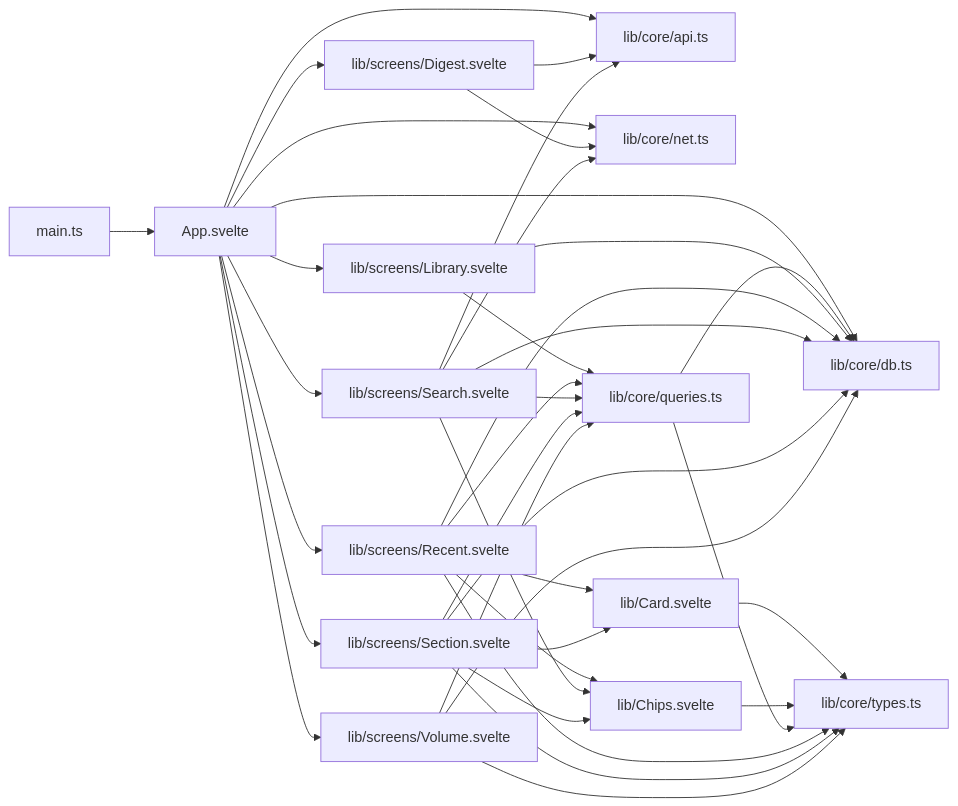
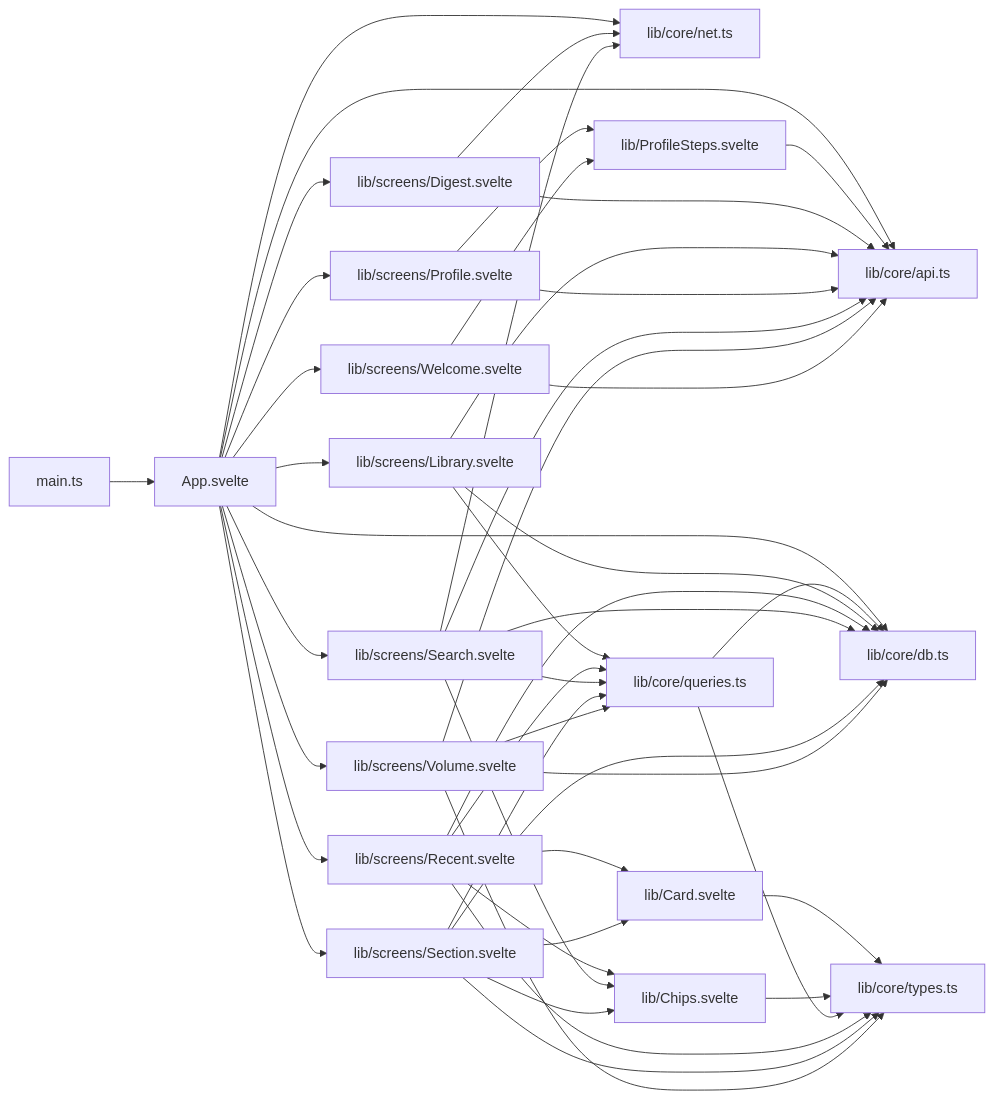
Before and after one commit to reversely/lifekit: the second of 2 diagrams in docs/content/architecture.md, drawn with Mermaid. The commit also changed other lines of this file and 3 other files, not shown here.

Commit message:
fix(api): serve the live database at the app's path; guard rules on unfilled answers

````diff
--- a/docs/content/architecture.md
+++ b/docs/content/architecture.md
@@ -56,54 +65,66 @@
 ```mermaid
 graph LR
   App_svelte["App.svelte"]
   App_svelte --> lib_core_api_ts
   App_svelte --> lib_core_db_ts
   App_svelte --> lib_core_net_ts
   App_svelte --> lib_screens_Digest_svelte
   App_svelte --> lib_screens_Library_svelte
+  App_svelte --> lib_screens_Profile_svelte
   App_svelte --> lib_screens_Recent_svelte
   App_svelte --> lib_screens_Search_svelte
   App_svelte --> lib_screens_Section_svelte
   App_svelte --> lib_screens_Volume_svelte
+  App_svelte --> lib_screens_Welcome_svelte
   lib_Card_svelte["lib/Card.svelte"]
   lib_Card_svelte --> lib_core_types_ts
   lib_Chips_svelte["lib/Chips.svelte"]
   lib_Chips_svelte --> lib_core_types_ts
+  lib_ProfileSteps_svelte["lib/ProfileSteps.svelte"]
+  lib_ProfileSteps_svelte --> lib_core_api_ts
   lib_core_api_ts["lib/core/api.ts"]
   lib_core_db_ts["lib/core/db.ts"]
   lib_core_net_ts["lib/core/net.ts"]
   lib_core_queries_ts["lib/core/queries.ts"]
   lib_core_queries_ts --> lib_core_db_ts
   lib_core_queries_ts --> lib_core_types_ts
   lib_core_types_ts["lib/core/types.ts"]
   lib_screens_Digest_svelte["lib/screens/Digest.svelte"]
   lib_screens_Digest_svelte --> lib_core_api_ts
   lib_screens_Digest_svelte --> lib_core_net_ts
   lib_screens_Library_svelte["lib/screens/Library.svelte"]
+  lib_screens_Library_svelte --> lib_core_api_ts
   lib_screens_Library_svelte --> lib_core_db_ts
   lib_screens_Library_svelte --> lib_core_queries_ts
+  lib_screens_Profile_svelte["lib/screens/Profile.svelte"]
+  lib_screens_Profile_svelte --> lib_ProfileSteps_svelte
+  lib_screens_Profile_svelte --> lib_core_api_ts
   lib_screens_Recent_svelte["lib/screens/Recent.svelte"]
   lib_screens_Recent_svelte --> lib_Card_svelte
   lib_screens_Recent_svelte --> lib_Chips_svelte
   lib_screens_Recent_svelte --> lib_core_db_ts
   lib_screens_Recent_svelte --> lib_core_queries_ts
   lib_screens_Recent_svelte --> lib_core_types_ts
   lib_screens_Search_svelte["lib/screens/Search.svelte"]
   lib_screens_Search_svelte --> lib_Chips_svelte
   lib_screens_Search_svelte --> lib_core_api_ts
   lib_screens_Search_svelte --> lib_core_db_ts
   lib_screens_Search_svelte --> lib_core_net_ts
   lib_screens_Search_svelte --> lib_core_queries_ts
   lib_screens_Section_svelte["lib/screens/Section.svelte"]
   lib_screens_Section_svelte --> lib_Card_svelte
   lib_screens_Section_svelte --> lib_Chips_svelte
   lib_screens_Section_svelte --> lib_core_db_ts
   lib_screens_Section_svelte --> lib_core_queries_ts
   lib_screens_Section_svelte --> lib_core_types_ts
   lib_screens_Volume_svelte["lib/screens/Volume.svelte"]
+  lib_screens_Volume_svelte --> lib_core_api_ts
   lib_screens_Volume_svelte --> lib_core_db_ts
   lib_screens_Volume_svelte --> lib_core_queries_ts
   lib_screens_Volume_svelte --> lib_core_types_ts
+  lib_screens_Welcome_svelte["lib/screens/Welcome.svelte"]
+  lib_screens_Welcome_svelte --> lib_ProfileSteps_svelte
+  lib_screens_Welcome_svelte --> lib_core_api_ts
   main_ts["main.ts"]
   main_ts --> App_svelte
 ```
````
